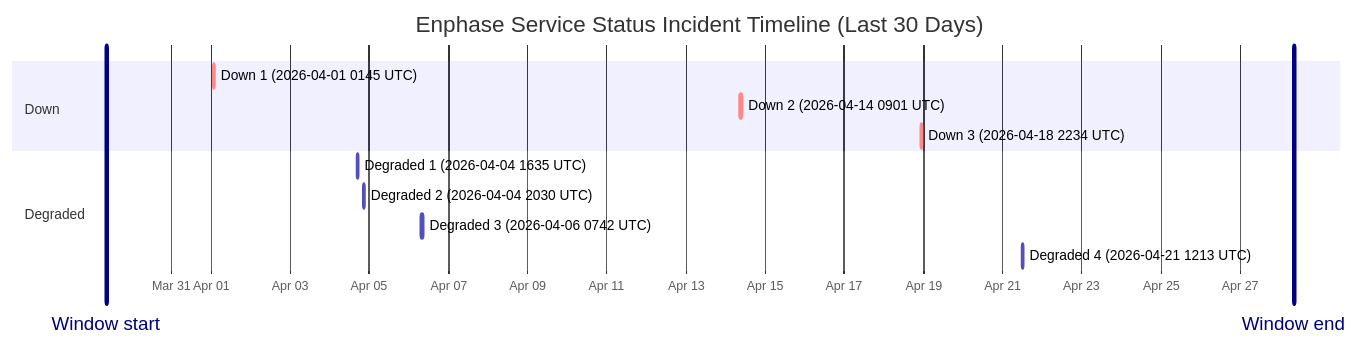
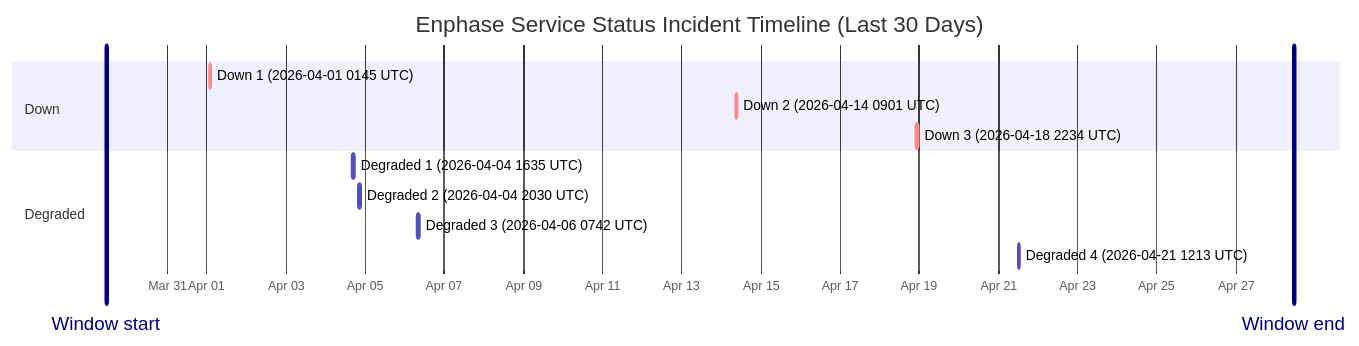
One commit to barneyonline/ha-enphase-ev-charger changed the diagram in wiki/Service-Status-History.md. Above: the diagram before and after it, drawn with Mermaid. The commit also changed other lines of this file and 3 other files, not shown here.

````diff
--- a/wiki/Service-Status-History.md
+++ b/wiki/Service-Status-History.md
@@ -14,17 +14,17 @@
 ```mermaid
 gantt
     title Enphase Service Status Incident Timeline (Last 30 Days)
     dateFormat  YYYY-MM-DDTHH:mm:ss
     axisFormat  %b %d
-    Window start :vert, window-start, 2026-03-29T08:36:55, 0ms
-    Window end :vert, window-end, 2026-04-28T08:36:55, 0ms
+    Window start :vert, window-start, 2026-03-29T11:04:52, 0ms
+    Window end :vert, window-end, 2026-04-28T11:04:52, 0ms
     section Down
     Down 1 (2026-04-01 0145 UTC) :crit, down-1, 2026-04-01T01:45:09, 60m
     Down 2 (2026-04-14 0901 UTC) :crit, down-2, 2026-04-14T09:01:13, 60m
     Down 3 (2026-04-18 2234 UTC) :crit, down-3, 2026-04-18T22:34:13, 60m
     section Degraded
     Degraded 1 (2026-04-04 1635 UTC) :active, degraded-1, 2026-04-04T16:35:17, 60m
     Degraded 2 (2026-04-04 2030 UTC) :active, degraded-2, 2026-04-04T20:30:40, 60m
     Degraded 3 (2026-04-06 0742 UTC) :active, degraded-3, 2026-04-06T07:42:09, 85m
     Degraded 4 (2026-04-21 1213 UTC) :active, degraded-4, 2026-04-21T12:13:11, 60m
 ```
````
